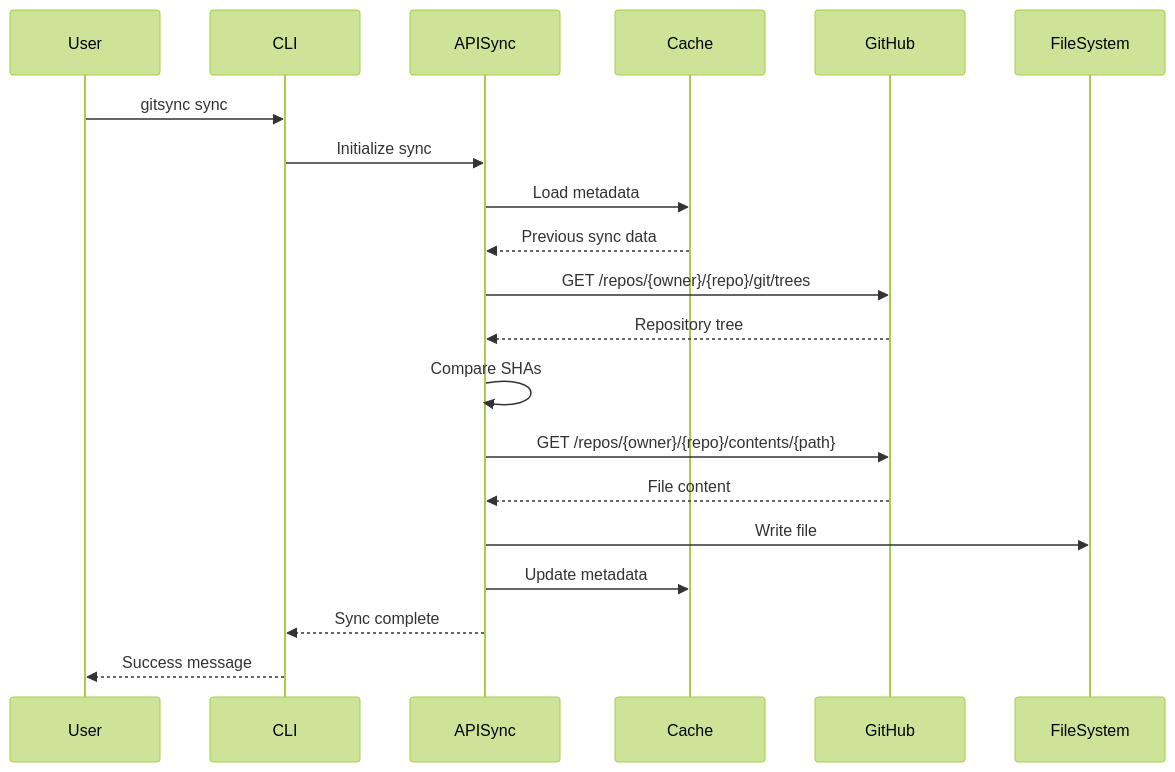
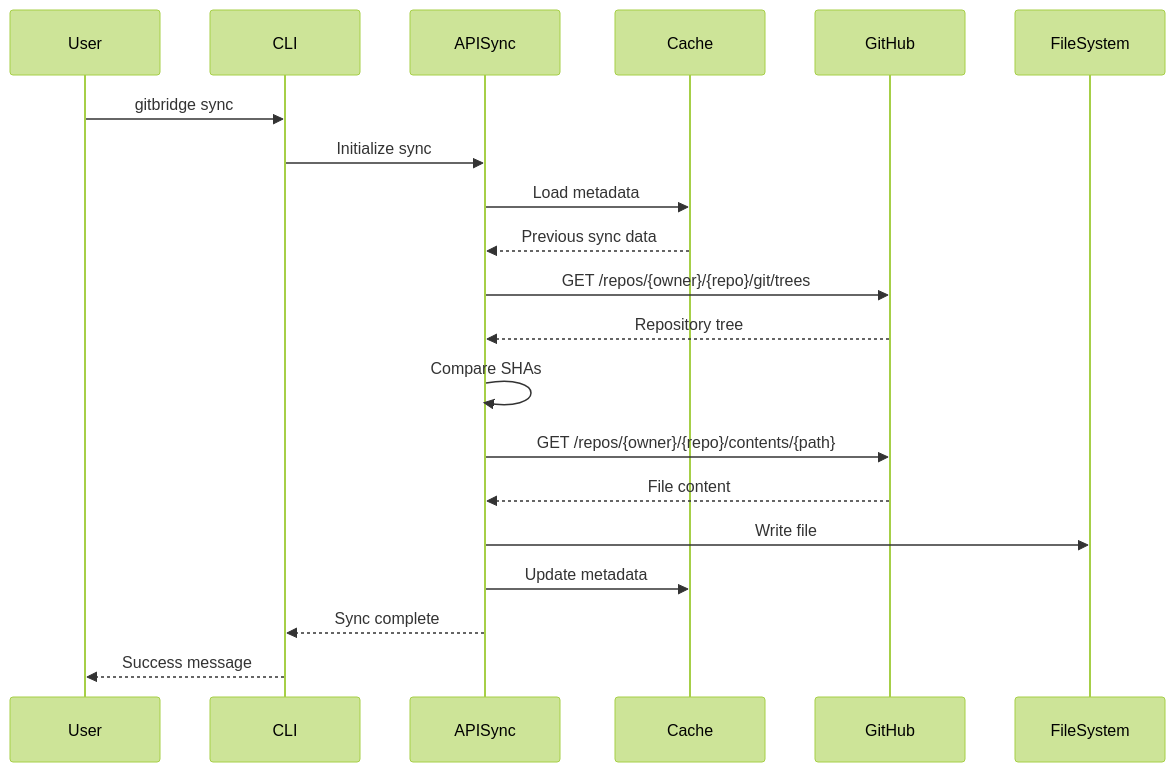
One commit to nevedomski/gitBridge changed the second of 5 diagrams in docs/architecture/overview.md. Above: the diagram before and after it, drawn with Mermaid (forest theme). The commit also changed other lines of this file and 68 other files, not shown here.

First line of the commit message:
Refactor tests to use 'gitbridge' instead of 'gitsync'

````diff
--- a/docs/architecture/overview.md
+++ b/docs/architecture/overview.md
@@ -272,23 +272,23 @@
 ```mermaid
 sequenceDiagram
     participant User
     participant CLI
     participant APISync
     participant Cache
     participant GitHub
     participant FileSystem
     
-    User->>CLI: gitsync sync
+    User->>CLI: gitbridge sync
     CLI->>APISync: Initialize sync
     APISync->>Cache: Load metadata
     Cache-->>APISync: Previous sync data
     APISync->>GitHub: GET /repos/{owner}/{repo}/git/trees
     GitHub-->>APISync: Repository tree
     APISync->>APISync: Compare SHAs
     APISync->>GitHub: GET /repos/{owner}/{repo}/contents/{path}
     GitHub-->>APISync: File content
     APISync->>FileSystem: Write file
     APISync->>Cache: Update metadata
     APISync-->>CLI: Sync complete
     CLI-->>User: Success message
 ```
````
